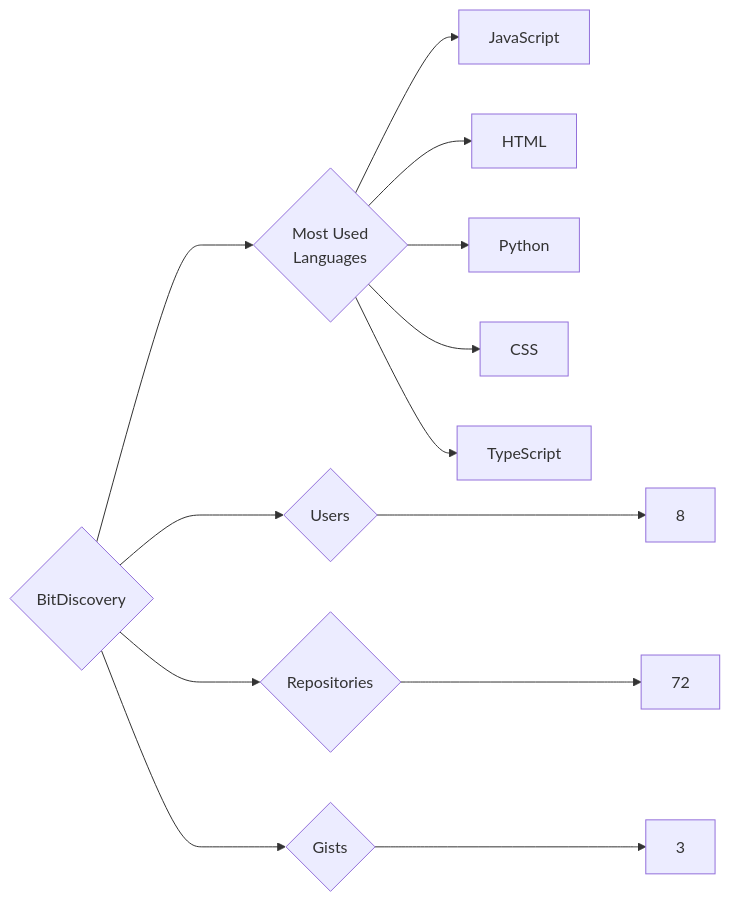
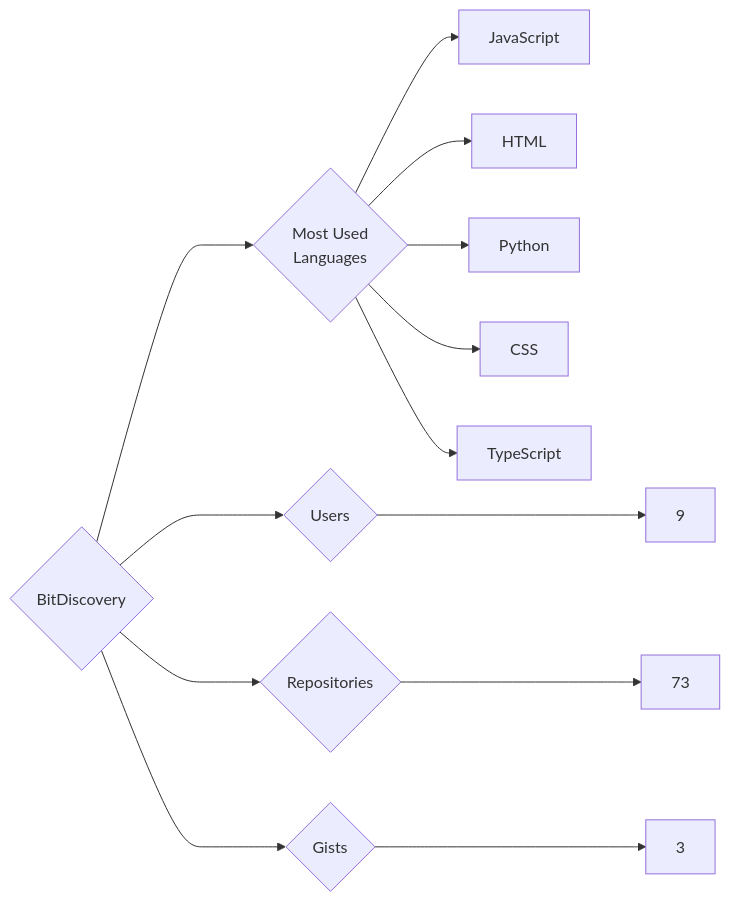
Before and after one commit to trickest/insiders: the diagram in targets/BitDiscovery/README.md, drawn with Mermaid. The commit also changed 938 other files, not shown here.

````diff
--- a/targets/BitDiscovery/README.md
+++ b/targets/BitDiscovery/README.md
@@ -3,13 +3,13 @@
 ```mermaid
 graph LR
 COMPANY_NAME{BitDiscovery}
-COMPANY_NAME ---> U{Users} ---> UN[8]
-COMPANY_NAME ---> R{Repositories} ---> RN[72]
+COMPANY_NAME ---> U{Users} ---> UN[9]
+COMPANY_NAME ---> R{Repositories} ---> RN[73]
 COMPANY_NAME ---> G{Gists} ---> GN[3]
 COMPANY_NAME ---> ML{Most Used<br>Languages}
 ML --> JavaScript[JavaScript]
 ML --> HTML[HTML]
 ML --> Python[Python]
 ML --> CSS[CSS]
 ML --> TypeScript[TypeScript]
 ```
````
